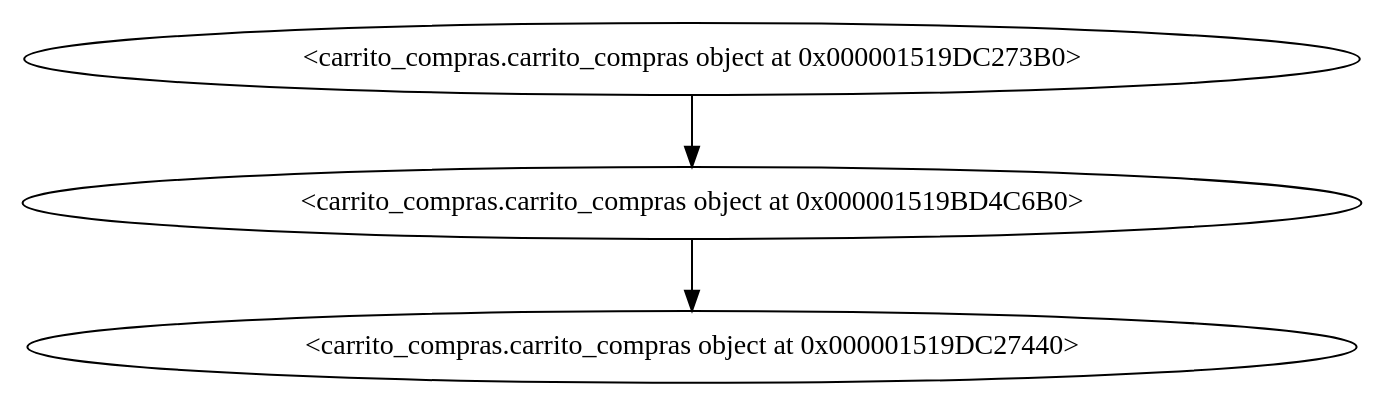
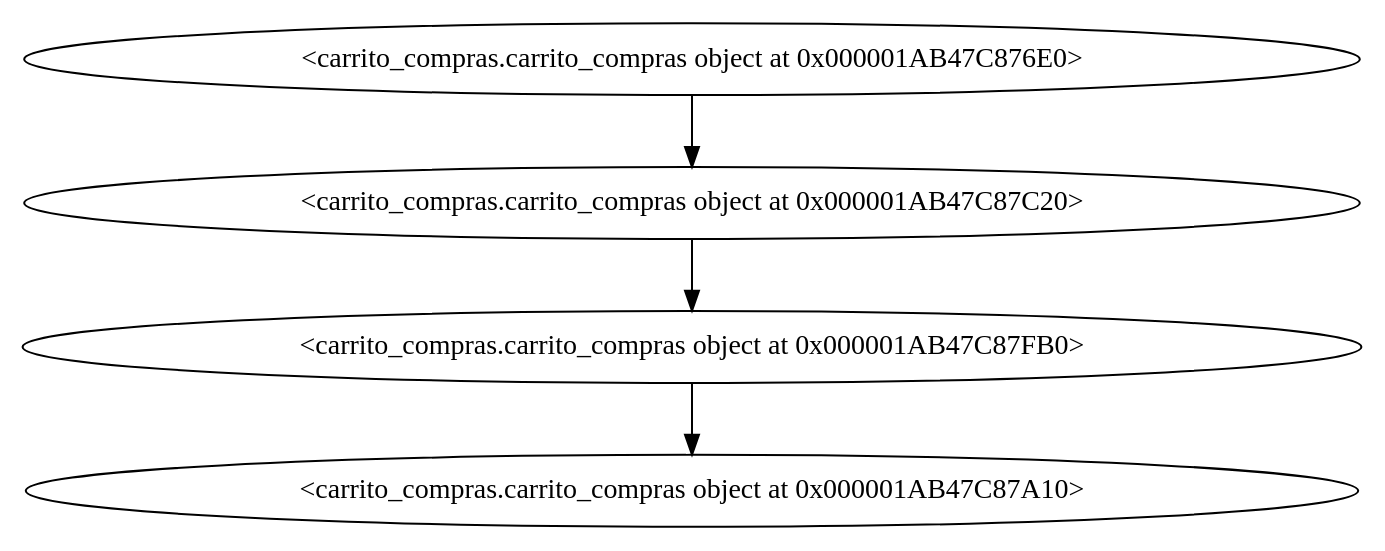
One commit to 202300512DanielH/IPC2_ProyectoVJ2024_21 changed the diagram in pila.dot. Above: the diagram before and after it, drawn with Graphviz. The commit also changed 33 other files, not shown here.

```diff
--- a/pila.dot
+++ b/pila.dot
@@ -1,7 +1,9 @@
 digraph G {
-nodo0 [label="<carrito_compras.carrito_compras object at 0x000001519DC273B0>"];
+nodo0 [label="<carrito_compras.carrito_compras object at 0x000001AB47C876E0>"];
 nodo0 -> nodo1;
-nodo1 [label="<carrito_compras.carrito_compras object at 0x000001519BD4C6B0>"];
+nodo1 [label="<carrito_compras.carrito_compras object at 0x000001AB47C87C20>"];
 nodo1 -> nodo2;
-nodo2 [label="<carrito_compras.carrito_compras object at 0x000001519DC27440>"];
+nodo2 [label="<carrito_compras.carrito_compras object at 0x000001AB47C87FB0>"];
+nodo2 -> nodo3;
+nodo3 [label="<carrito_compras.carrito_compras object at 0x000001AB47C87A10>"];
 }
```
